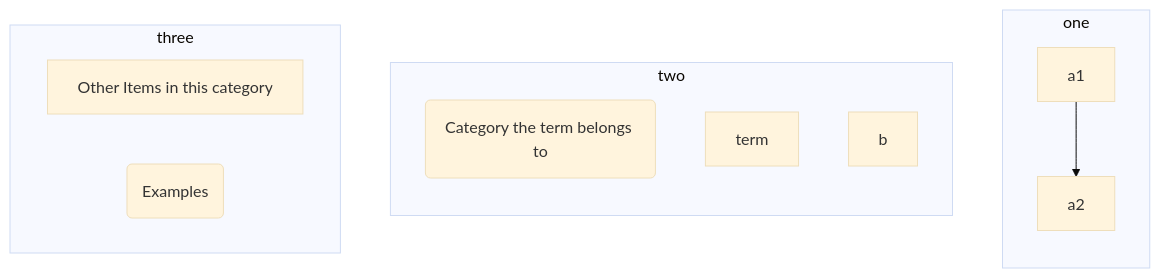
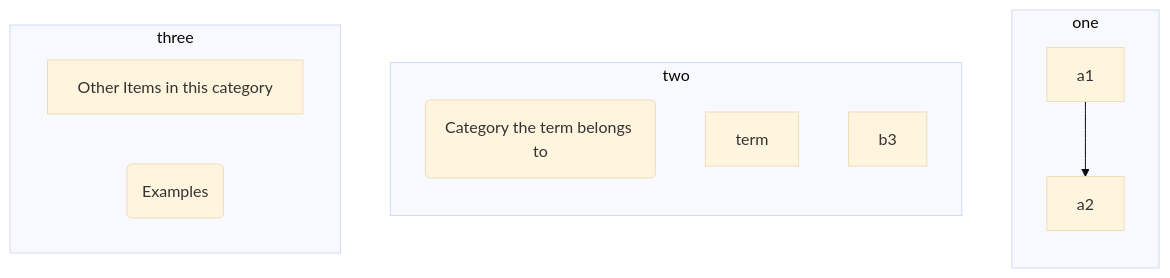
Before and after one commit to gerbssusd/dok: the diagram in slides.md, drawn with Mermaid (base theme).

````diff
--- a/slides.md
+++ b/slides.md
@@ -217,24 +217,24 @@
 ```mermaid
 flowchart TB
     subgraph one 
      direction TB
     a1-->a2
      end
     subgraph two
       direction TB
         b1(Category the term belongs to)
         b2[term]
-        b
+        b3
         end
     subgraph three 
       direction LR
     c1[Other Items in this category] 
     c2(Examples)
     end
 
 
 
 
 
 
 ```
````
